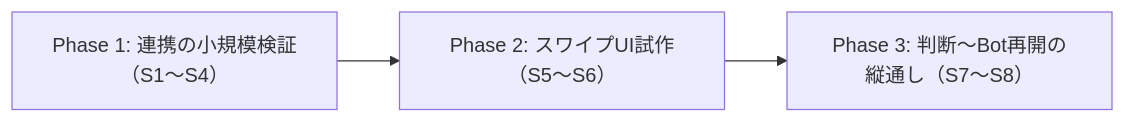
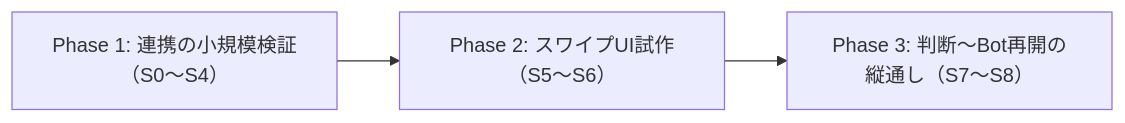
The fifth of 5 diagrams in docs/development-workflow.md (kkyosuke/bot-board), drawn with Mermaid before and after one commit. The commit also changed other lines of this file and 32 other files, not shown here.

````diff
--- a/docs/development-workflow.md
+++ b/docs/development-workflow.md
@@ -203,5 +209,5 @@
 ```mermaid
 flowchart LR
-  P1["Phase 1: 連携の小規模検証（S1〜S4）"] --> P2["Phase 2: スワイプUI試作（S5〜S6）"]
+  P1["Phase 1: 連携の小規模検証（S0〜S4）"] --> P2["Phase 2: スワイプUI試作（S5〜S6）"]
   P2 --> P3["Phase 3: 判断〜Bot再開の縦通し（S7〜S8）"]
 ```
````
